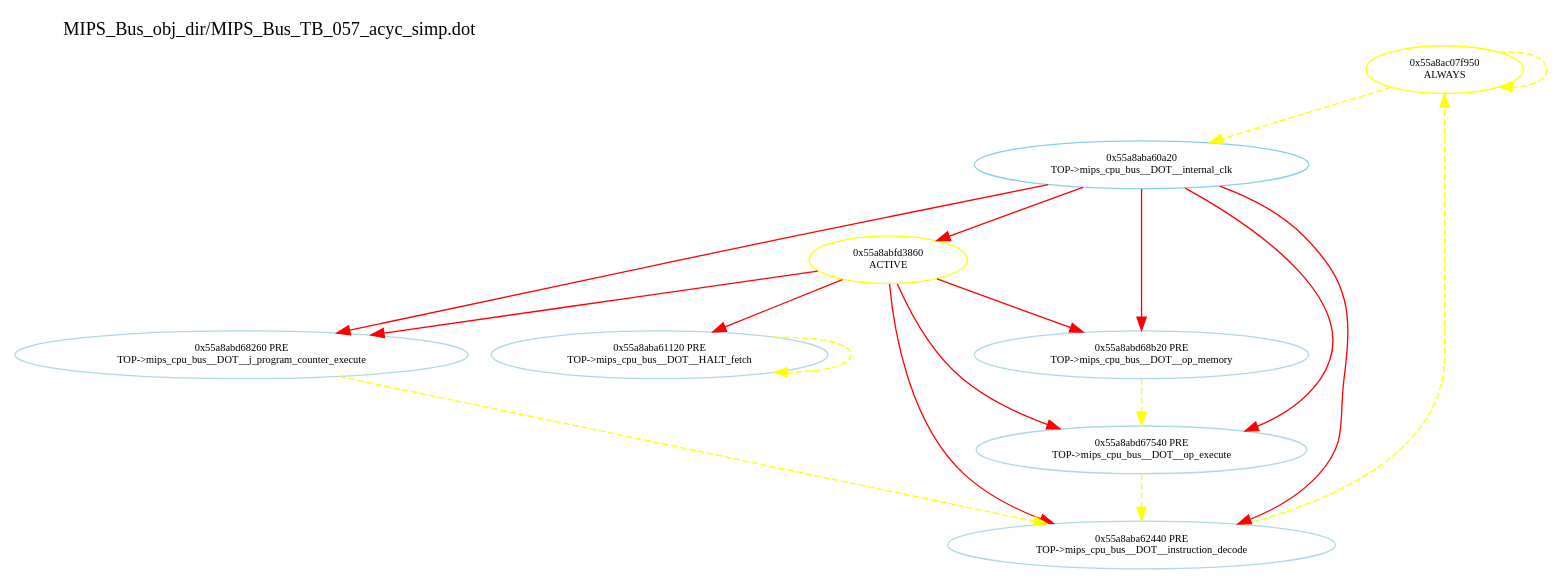
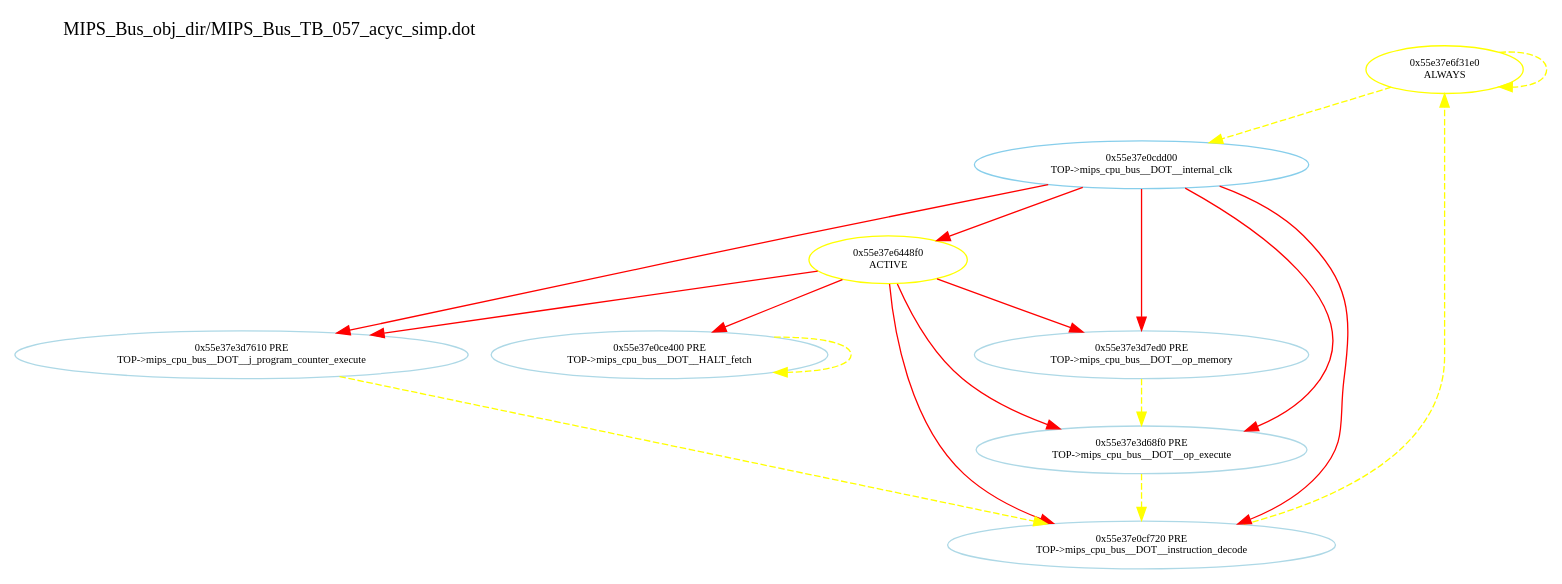
One commit to jjlehner/MIPS_CPU_Project changed the diagram in unofficial/preliminary_testing/MIPS_Bus_obj_dir/MIPS_Bus_TB_057_acyc_simp.dot. Above: the diagram before and after it, drawn with Graphviz. The commit also changed 91 other files, not shown here.

```diff
--- a/unofficial/preliminary_testing/MIPS_Bus_obj_dir/MIPS_Bus_TB_057_acyc_simp.dot
+++ b/unofficial/preliminary_testing/MIPS_Bus_obj_dir/MIPS_Bus_TB_057_acyc_simp.dot
@@ -1,31 +1,31 @@
 digraph v3graph {
 	graph	[label="MIPS_Bus_obj_dir/MIPS_Bus_TB_057_acyc_simp.dot",
 		 labelloc=t, labeljust=l,
 		 //size="7.5,10",
 		 rankdir=TB];
-	n0	[fontsize=8 label="0x55a8ac07f950\n ALWAYS", color=yellow];
-	n1	[fontsize=8 label="0x55a8aba62440 PRE\n TOP->mips_cpu_bus__DOT__instruction_decode", color=lightblue];
-	n2	[fontsize=8 label="0x55a8aba60a20\n TOP->mips_cpu_bus__DOT__internal_clk", color=skyblue];
-	n3	[fontsize=8 label="0x55a8abfd3860\n ACTIVE", color=yellow];
-	n4	[fontsize=8 label="0x55a8aba61120 PRE\n TOP->mips_cpu_bus__DOT__HALT_fetch", color=lightblue];
-	n5	[fontsize=8 label="0x55a8abd68260 PRE\n TOP->mips_cpu_bus__DOT__j_program_counter_execute", color=lightblue];
-	n6	[fontsize=8 label="0x55a8abd67540 PRE\n TOP->mips_cpu_bus__DOT__op_execute", color=lightblue];
-	n7	[fontsize=8 label="0x55a8abd68b20 PRE\n TOP->mips_cpu_bus__DOT__op_memory", color=lightblue];
+	n0	[fontsize=8 label="0x55e37e6f31e0\n ALWAYS", color=yellow];
+	n1	[fontsize=8 label="0x55e37e0cf720 PRE\n TOP->mips_cpu_bus__DOT__instruction_decode", color=lightblue];
+	n2	[fontsize=8 label="0x55e37e0cdd00\n TOP->mips_cpu_bus__DOT__internal_clk", color=skyblue];
+	n3	[fontsize=8 label="0x55e37e6448f0\n ACTIVE", color=yellow];
+	n4	[fontsize=8 label="0x55e37e0ce400 PRE\n TOP->mips_cpu_bus__DOT__HALT_fetch", color=lightblue];
+	n5	[fontsize=8 label="0x55e37e3d7610 PRE\n TOP->mips_cpu_bus__DOT__j_program_counter_execute", color=lightblue];
+	n6	[fontsize=8 label="0x55e37e3d68f0 PRE\n TOP->mips_cpu_bus__DOT__op_execute", color=lightblue];
+	n7	[fontsize=8 label="0x55e37e3d7ed0 PRE\n TOP->mips_cpu_bus__DOT__op_memory", color=lightblue];
+	n0 -> n2 [fontsize=8 label="" weight=1 color=yellow style=dashed];
 	n0 -> n0 [fontsize=8 label="" weight=6 color=yellow style=dashed];
-	n0 -> n2 [fontsize=8 label="" weight=1 color=yellow style=dashed];
 	n1 -> n0 [fontsize=8 label="" weight=3 color=yellow style=dashed];
 	n2 -> n3 [fontsize=8 label="" weight=8 color=red];
 	n2 -> n7 [fontsize=8 label="" weight=32 color=red];
 	n2 -> n6 [fontsize=8 label="" weight=32 color=red];
 	n2 -> n5 [fontsize=8 label="" weight=32 color=red];
 	n2 -> n1 [fontsize=8 label="" weight=32 color=red];
 	n3 -> n4 [fontsize=8 label="" weight=32 color=red];
 	n3 -> n1 [fontsize=8 label="" weight=32 color=red];
 	n3 -> n5 [fontsize=8 label="" weight=32 color=red];
 	n3 -> n6 [fontsize=8 label="" weight=32 color=red];
 	n3 -> n7 [fontsize=8 label="" weight=32 color=red];
 	n4 -> n4 [fontsize=8 label="" weight=3 color=yellow style=dashed];
 	n5 -> n1 [fontsize=8 label="" weight=3 color=yellow style=dashed];
 	n6 -> n1 [fontsize=8 label="" weight=3 color=yellow style=dashed];
 	n7 -> n6 [fontsize=8 label="" weight=3 color=yellow style=dashed];
 }
```
